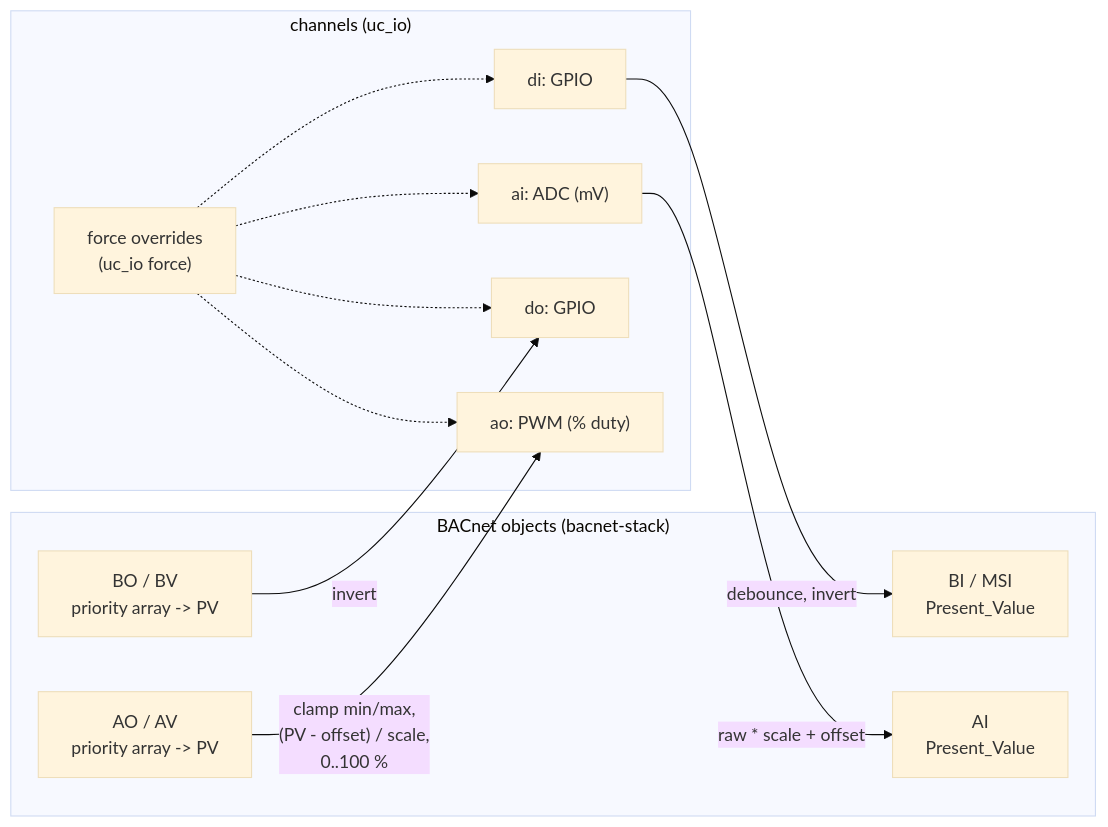
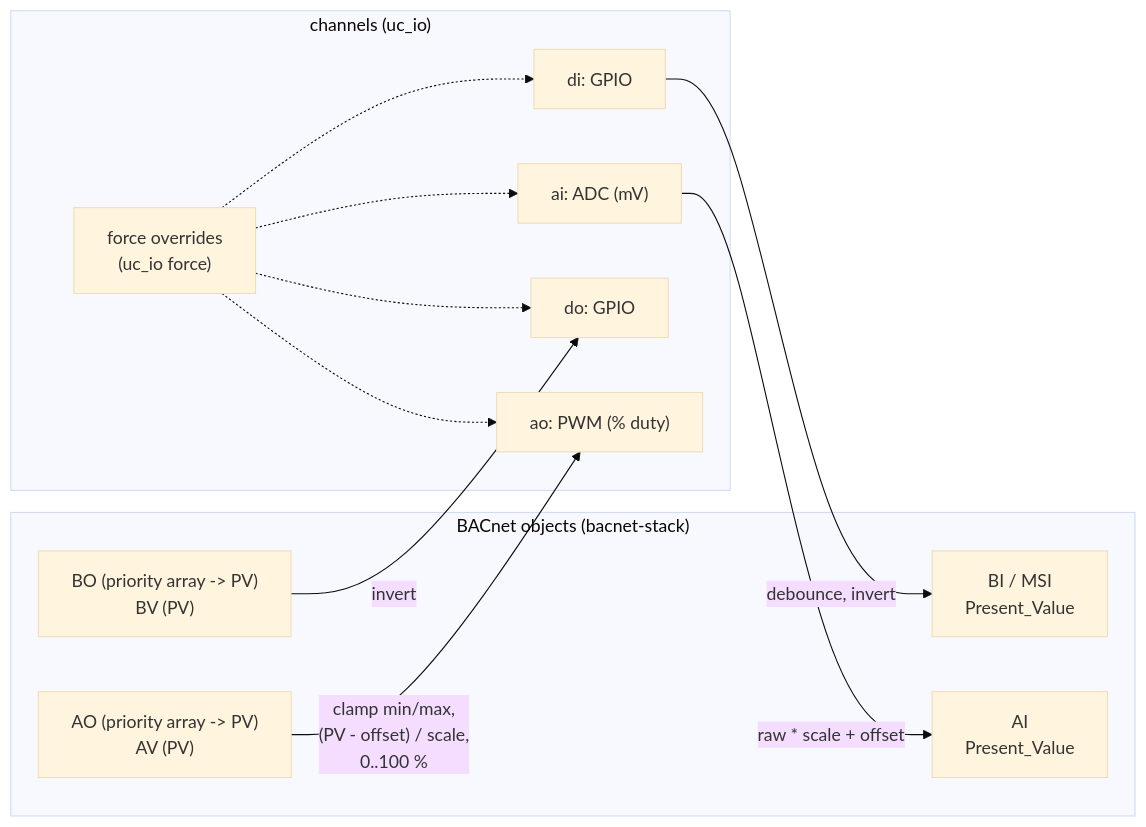
One commit to IlijaVorontsov/BACNet-uc changed the fifth of 9 diagrams in docs/architecture.md. Above: the diagram before and after it, drawn with Mermaid (base theme). The commit also changed other lines of this file and 120 other files, not shown here.

````diff
--- a/docs/architecture.md
+++ b/docs/architecture.md
@@ -223,21 +228,21 @@
 ```mermaid
 flowchart LR
     subgraph hw["channels (uc_io)"]
         di["di: GPIO"]
         ai["ai: ADC (mV)"]
         do["do: GPIO"]
         ao["ao: PWM (% duty)"]
         f["force overrides<br/>(uc_io force)"]
     end
     subgraph obj["BACnet objects (bacnet-stack)"]
         bi["BI / MSI<br/>Present_Value"]
         aiobj["AI<br/>Present_Value"]
-        bo["BO / BV<br/>priority array -> PV"]
-        aoobj["AO / AV<br/>priority array -> PV"]
+        bo["BO (priority array -> PV)<br/>BV (PV)"]
+        aoobj["AO (priority array -> PV)<br/>AV (PV)"]
     end
     di -- "debounce, invert" --> bi
     ai -- "raw * scale + offset" --> aiobj
     bo -- "invert" --> do
     aoobj -- "clamp min/max,<br/>(PV - offset) / scale,<br/>0..100 %" --> ao
     f -.-> di & ai & do & ao
 ```
````
